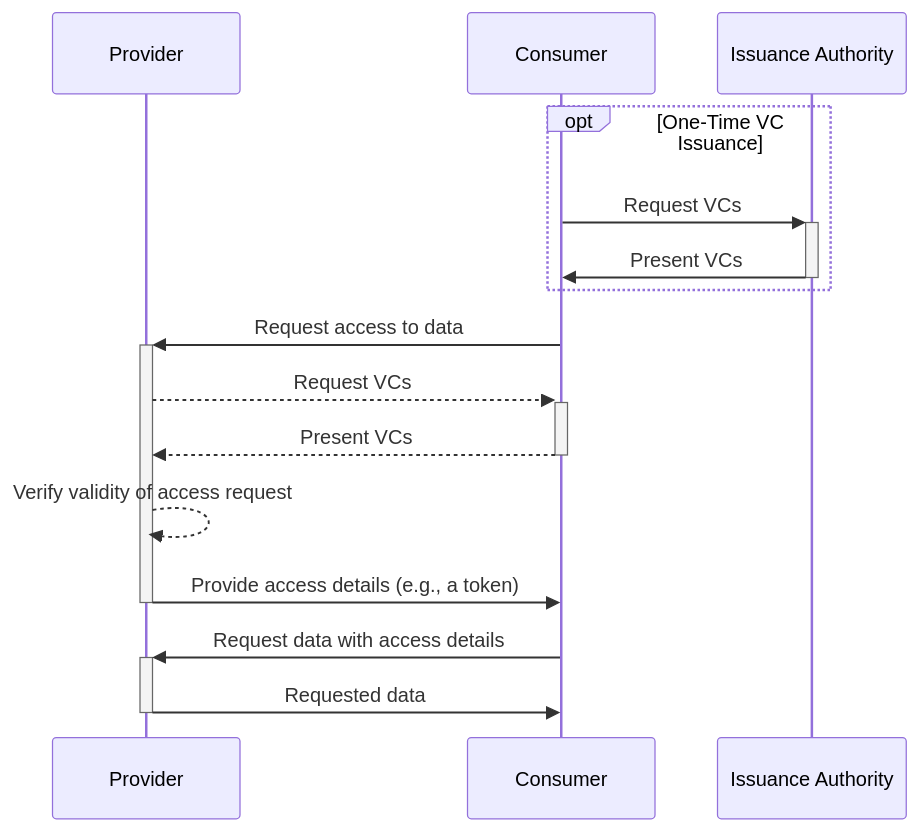
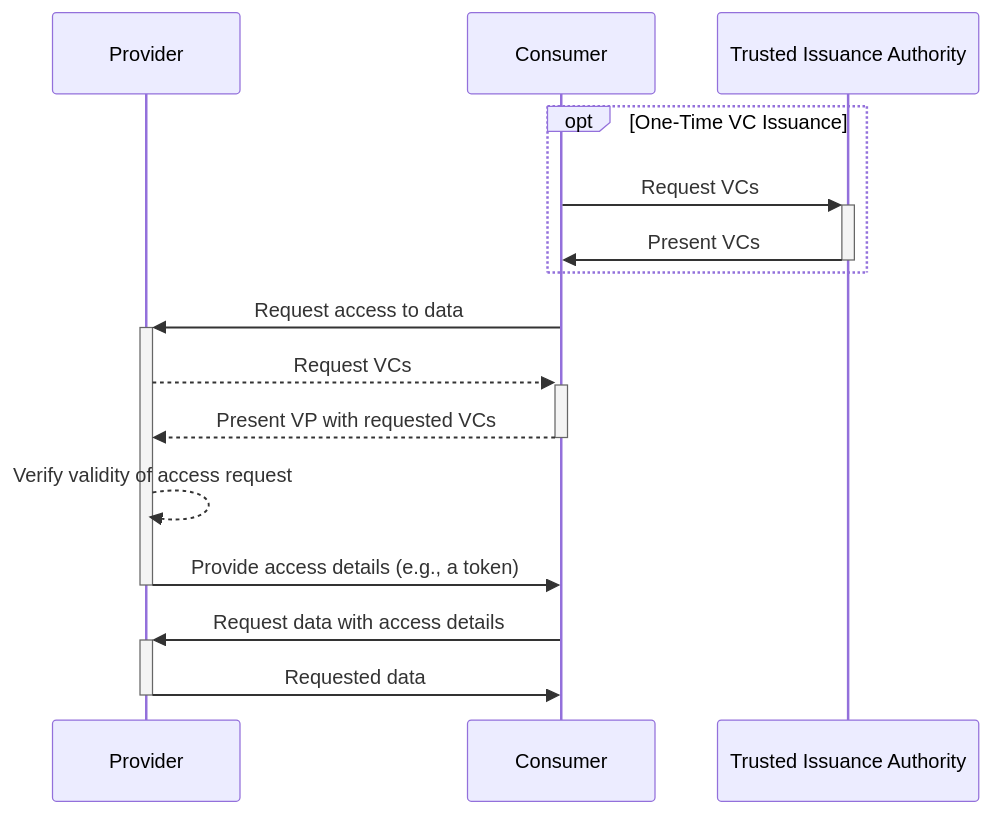
One commit to eclipse-tractusx/eclipse-tractusx.github.io changed the diagram in docs-kits/kits/connector-kit/adoption-view/adoption-view.md. Above: the diagram before and after it, drawn with Mermaid. The commit also changed other lines of this file and 5 other files, not shown here.

````diff
--- a/docs-kits/kits/connector-kit/adoption-view/adoption-view.md
+++ b/docs-kits/kits/connector-kit/adoption-view/adoption-view.md
@@ -142,19 +155,19 @@
 ```mermaid
 sequenceDiagram
     participant P as Provider
     participant C as Consumer
-    participant I as Issuance Authority
+    participant I as Trusted Issuance Authority
 
     opt One-Time VC Issuance
         C->>+I: Request VCs
         I->>-C: Present VCs
     end
 
     C->>+P: Request access to data
     P-->>+C: Request VCs
-    C-->>-P: Present VCs
+    C-->>-P: Present VP with requested VCs
     P-->>P: Verify validity of access request
     P->>-C: Provide access details (e.g., a token)
     C->>+P: Request data with access details
     P->>-C: Requested data
 ```
````
